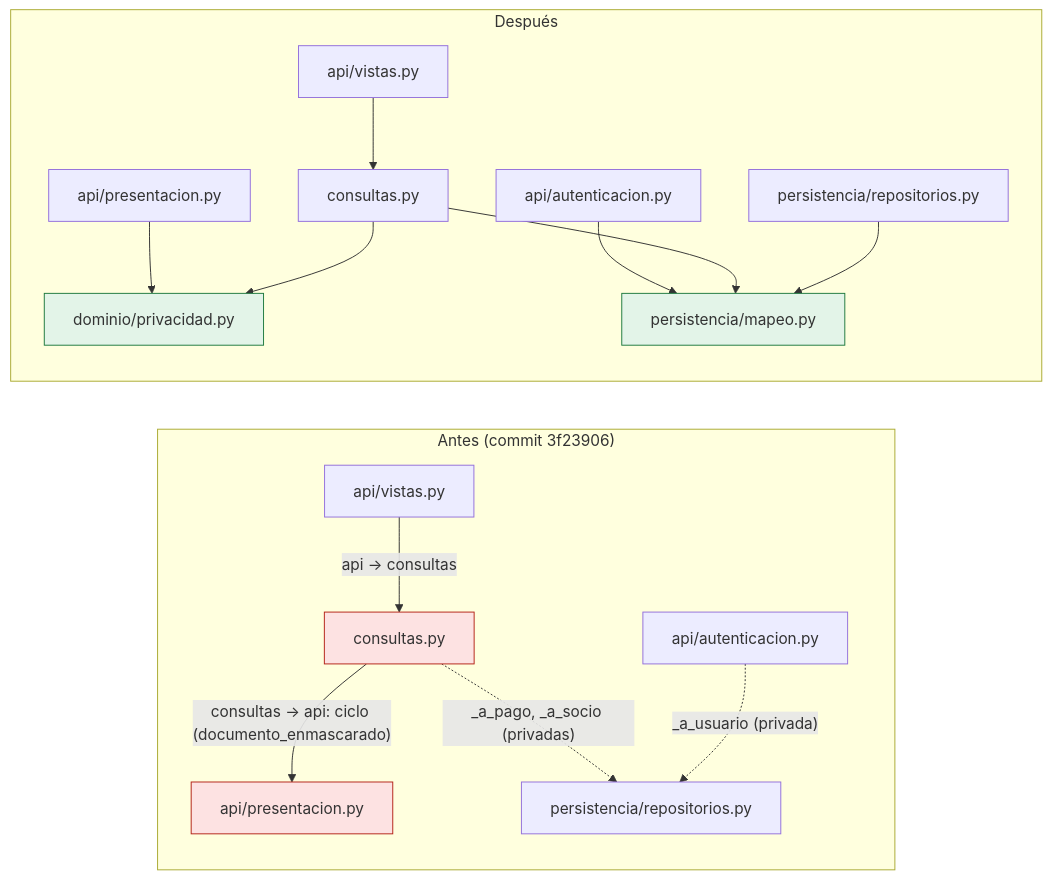
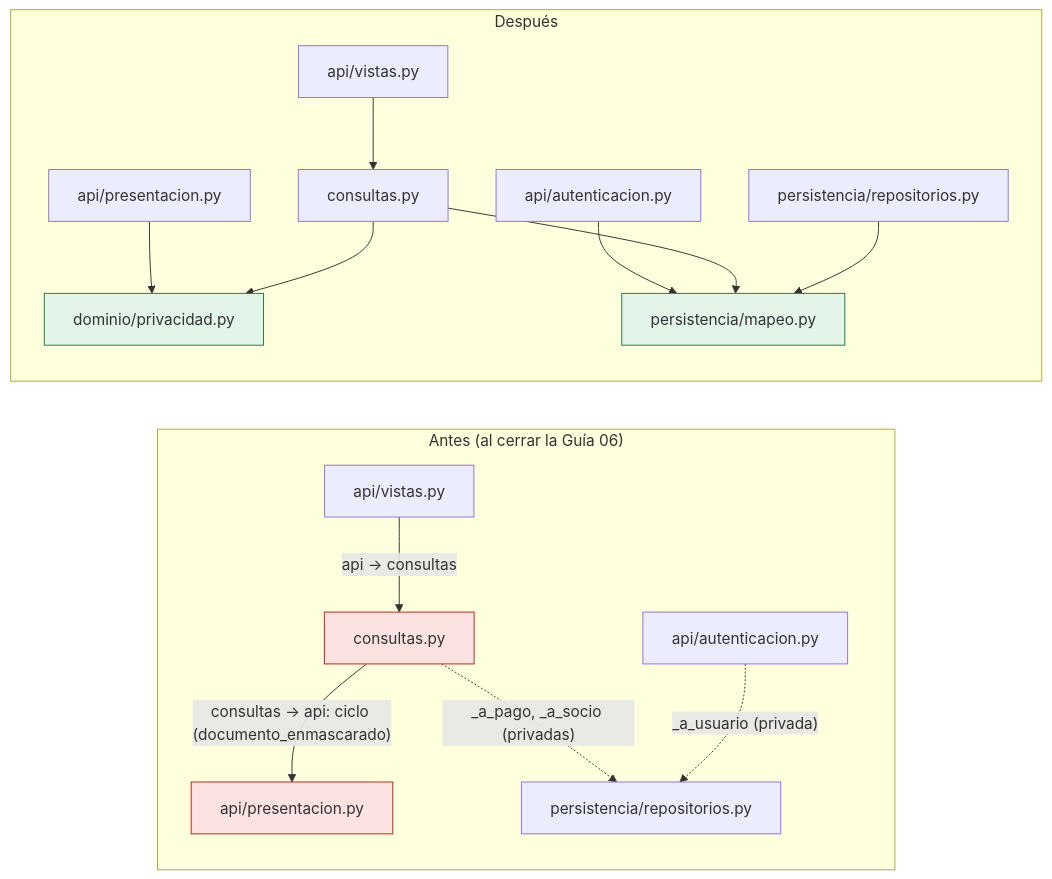
Before and after one commit to GAMERO29/FitManage: the diagram in docs/sw3/g07/capas_antes_despues.mmd, drawn with Mermaid. The commit also changed 19 other files, not shown here.

```diff
--- a/docs/sw3/g07/capas_antes_despues.mmd
+++ b/docs/sw3/g07/capas_antes_despues.mmd
@@ -1,21 +1,21 @@
 flowchart LR
-  subgraph Antes["Antes (commit 3f23906)"]
+  subgraph Antes["Antes (al cerrar la Guía 06)"]
     direction TB
     V1["api/vistas.py"] -- "api → consultas" --> C1["consultas.py"]
     C1 -- "consultas → api: ciclo (documento_enmascarado)" --> P1["api/presentacion.py"]
     A1["api/autenticacion.py"] -. "_a_usuario (privada)" .-> R1["persistencia/repositorios.py"]
     C1 -. "_a_pago, _a_socio (privadas)" .-> R1
   end
   subgraph Despues["Después"]
     direction TB
     V2["api/vistas.py"] --> C2["consultas.py"]
     P2["api/presentacion.py"] --> D2["dominio/privacidad.py"]
     C2 --> D2
     A2["api/autenticacion.py"] --> M2["persistencia/mapeo.py"]
     C2 --> M2
     R2["persistencia/repositorios.py"] --> M2
   end
   style P1 fill:#fde2e2,stroke:#b42318
   style C1 fill:#fde2e2,stroke:#b42318
   style D2 fill:#e3f4e8,stroke:#1f7a3f
   style M2 fill:#e3f4e8,stroke:#1f7a3f
```
